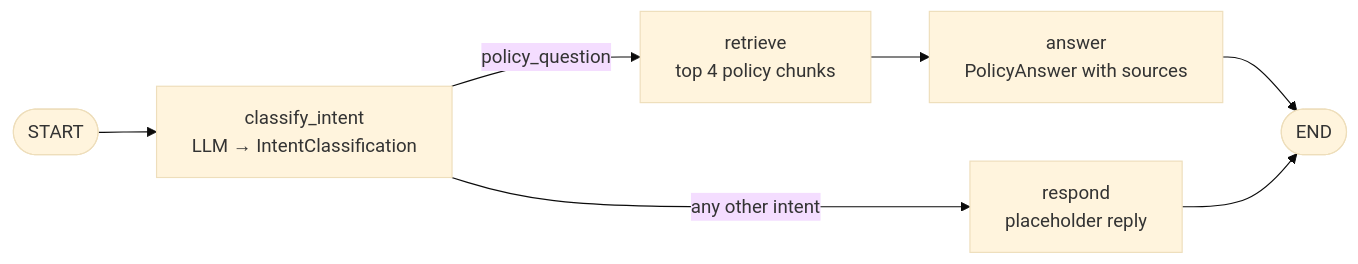
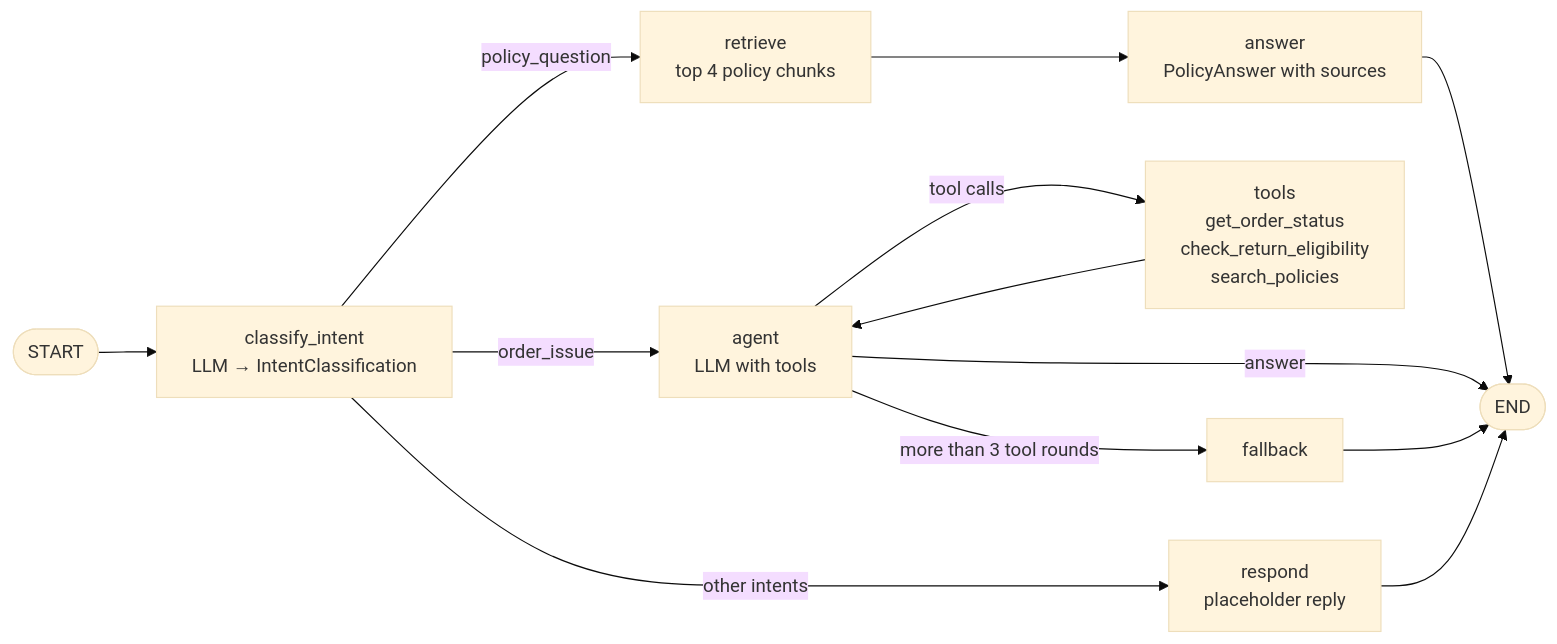
The second of 3 diagrams in README.md (hmadhe/agentic-customer-support), drawn with Mermaid (base theme) before and after one commit. The commit also changed other lines of this file and 12 other files, not shown here.

First line of the commit message:
Milestone 4: tool-calling agent for order questions

````diff
--- a/README.md
+++ b/README.md
@@ -107,9 +107,15 @@
 ```mermaid
 flowchart LR
     START([START]) --> C[classify_intent<br/>LLM → IntentClassification]
     C -->|policy_question| R[retrieve<br/>top 4 policy chunks]
     R --> A[answer<br/>PolicyAnswer with sources]
     A --> END([END])
-    C -->|any other intent| P[respond<br/>placeholder reply]
+    C -->|order_issue| G[agent<br/>LLM with tools]
+    G -->|tool calls| T[tools<br/>get_order_status<br/>check_return_eligibility<br/>search_policies]
+    T --> G
+    G -->|answer| END
+    G -->|more than 3 tool rounds| F[fallback]
+    F --> END
+    C -->|other intents| P[respond<br/>placeholder reply]
     P --> END
 ```
````
